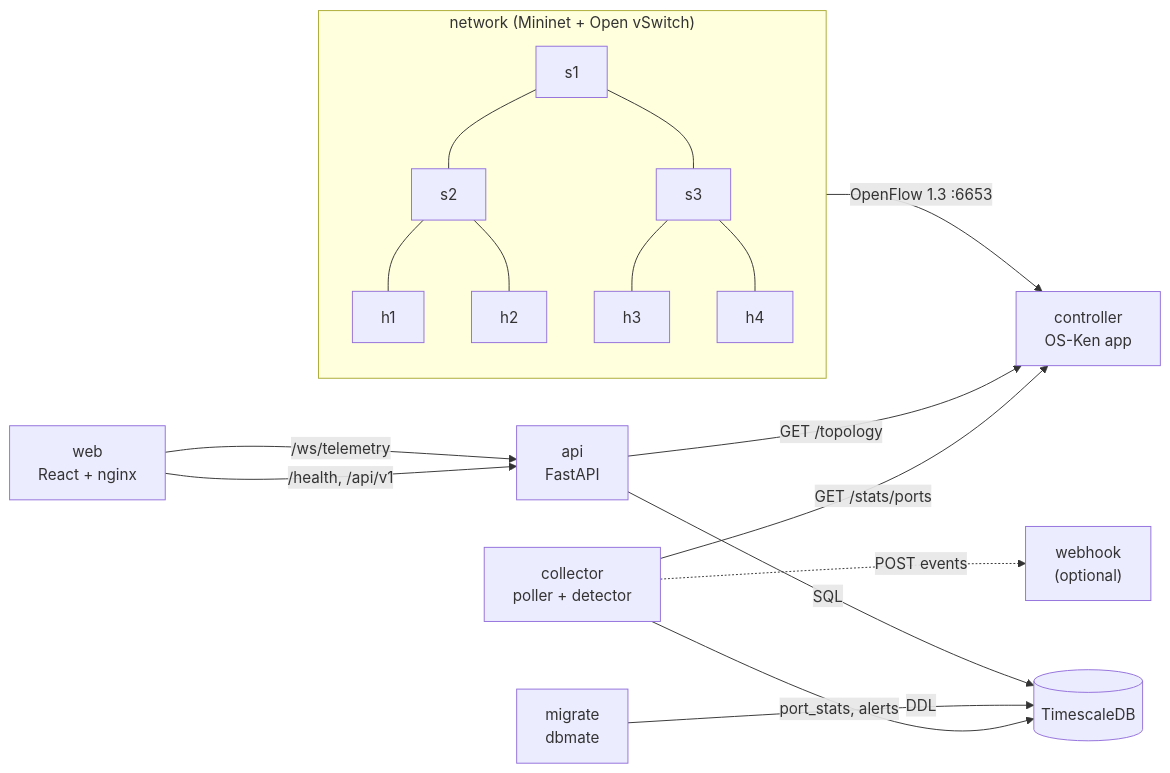
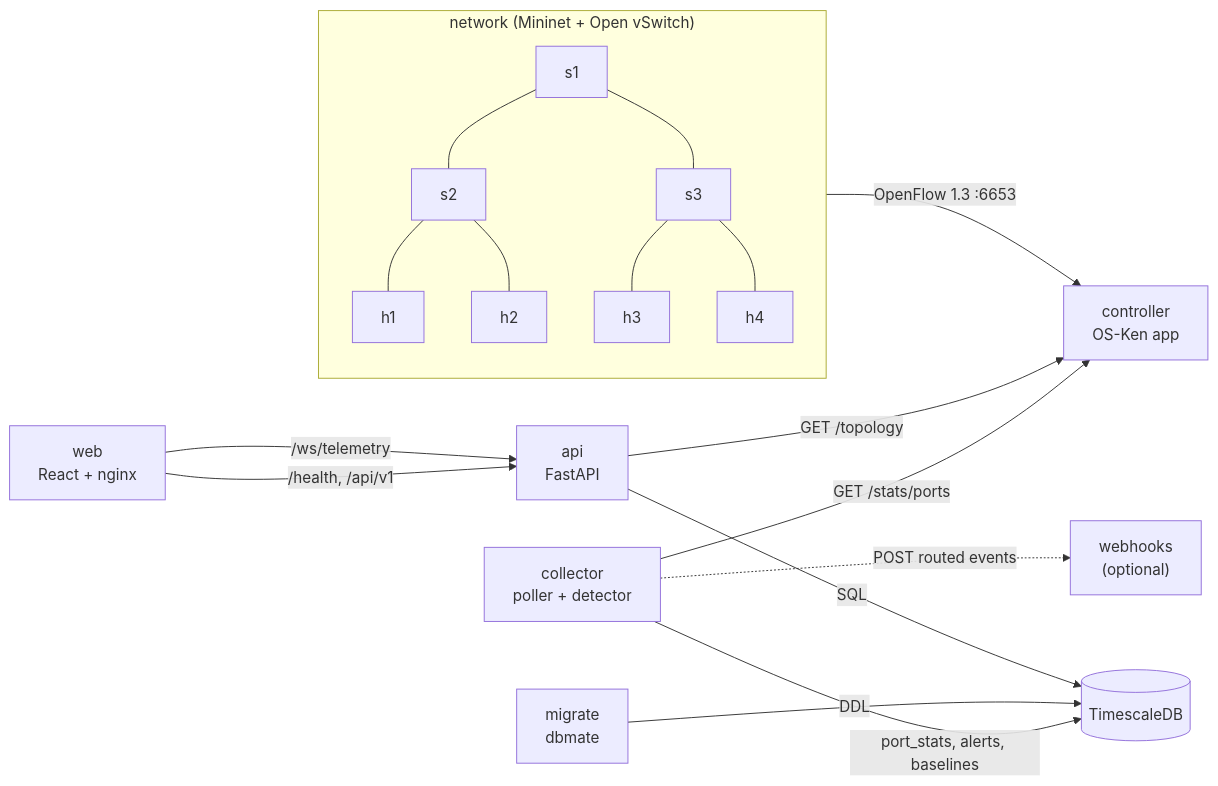
Before and after one commit to wpilares/netpulse: the diagram in README.md, drawn with Mermaid. The commit also changed other lines of this file and 2 other files, not shown here.

Commit message:
docs: document alert confirmation, routing, persisted baselines and the seq cursor with adr 0009

````diff
--- a/README.md
+++ b/README.md
@@ -30,19 +30,19 @@
 ```mermaid
 flowchart LR
     subgraph network["network (Mininet + Open vSwitch)"]
         S1[s1] --- S2[s2]
         S1 --- S3[s3]
         S2 --- H1[h1] & H2[h2]
         S3 --- H3[h3] & H4[h4]
     end
 
     network -- "OpenFlow 1.3 :6653" --> controller["controller<br/>OS-Ken app"]
     collector["collector<br/>poller + detector"] -- "GET /stats/ports" --> controller
-    collector -- "port_stats, alerts" --> db[("TimescaleDB")]
-    collector -. "POST events" .-> webhook["webhook<br/>(optional)"]
+    collector -- "port_stats, alerts, baselines" --> db[("TimescaleDB")]
+    collector -. "POST routed events" .-> webhook["webhooks<br/>(optional)"]
     migrate["migrate<br/>dbmate"] -- "DDL" --> db
     api["api<br/>FastAPI"] -- "SQL" --> db
     api -- "GET /topology" --> controller
     web["web<br/>React + nginx"] -- "/health, /api/v1" --> api
     web -- "/ws/telemetry" --> api
 ```
````
